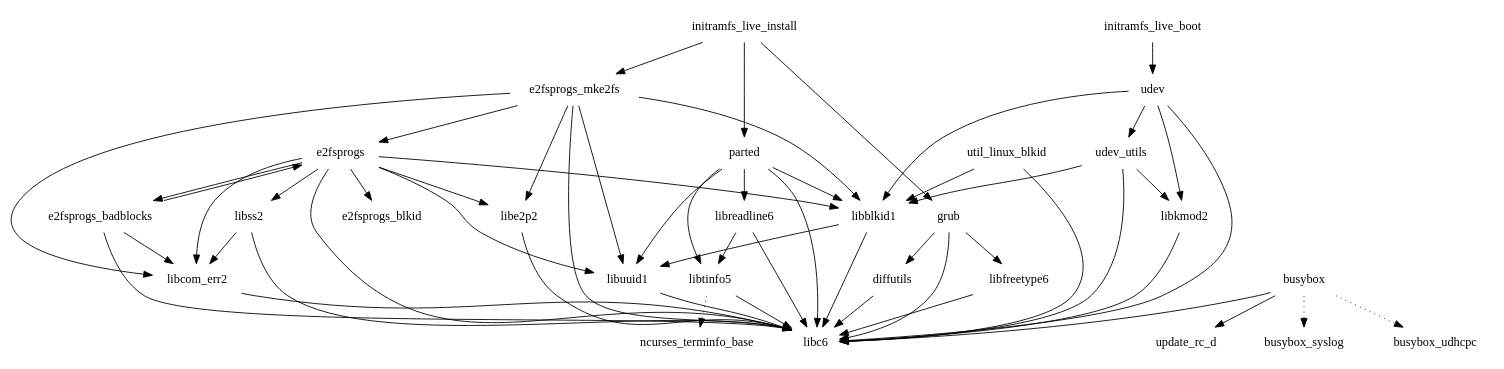
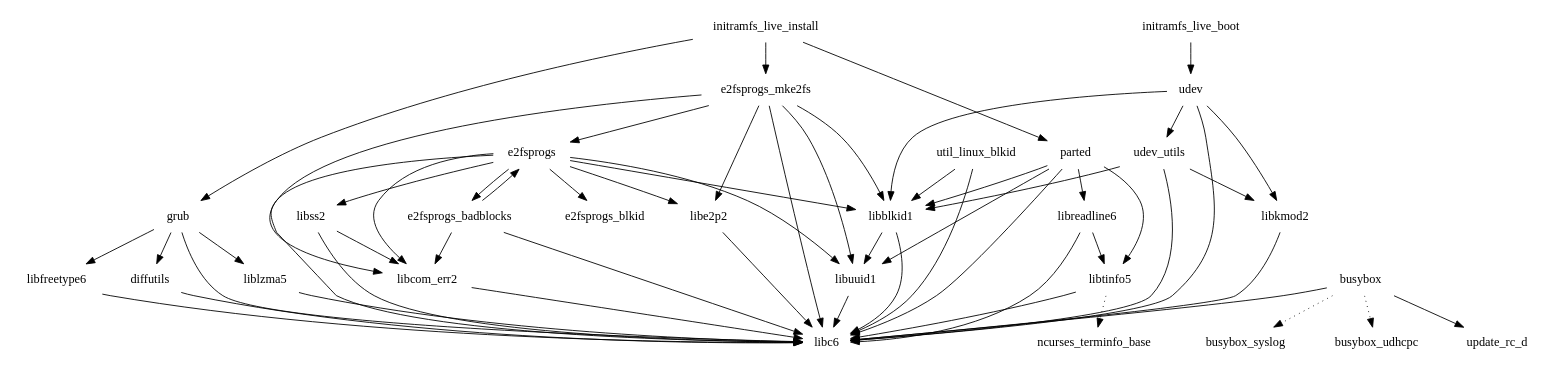
One commit to Angstrom-distribution/buildhistory changed the diagram in images/fri2_noemgd/eglibc/core-image-minimal-initramfs/depends.dot. Above: the diagram before and after it, drawn with Graphviz. The commit also changed 1144 other files, not shown here.

```diff
--- a/images/fri2_noemgd/eglibc/core-image-minimal-initramfs/depends.dot
+++ b/images/fri2_noemgd/eglibc/core-image-minimal-initramfs/depends.dot
@@ -1,59 +1,61 @@
 digraph depends {
     node [shape=plaintext]
 busybox -> update_rc_d;
 busybox -> libc6;
 busybox -> busybox_syslog [style=dotted];
 busybox -> busybox_udhcpc [style=dotted];
 diffutils -> libc6;
 e2fsprogs -> libss2;
 e2fsprogs -> libcom_err2;
 e2fsprogs -> libe2p2;
 e2fsprogs -> e2fsprogs_blkid;
 e2fsprogs -> e2fsprogs_badblocks;
 e2fsprogs -> libc6;
 e2fsprogs -> libblkid1;
 e2fsprogs -> libuuid1;
 e2fsprogs_badblocks -> libc6;
 e2fsprogs_badblocks -> e2fsprogs;
 e2fsprogs_badblocks -> libcom_err2;
 e2fsprogs_mke2fs -> libcom_err2;
 e2fsprogs_mke2fs -> libe2p2;
 e2fsprogs_mke2fs -> e2fsprogs;
 e2fsprogs_mke2fs -> libc6;
 e2fsprogs_mke2fs -> libblkid1;
 e2fsprogs_mke2fs -> libuuid1;
 grub -> diffutils;
+grub -> liblzma5;
 grub -> libc6;
 grub -> libfreetype6;
 initramfs_live_boot -> udev;
 initramfs_live_install -> parted;
 initramfs_live_install -> e2fsprogs_mke2fs;
 initramfs_live_install -> grub;
 libblkid1 -> libuuid1;
 libblkid1 -> libc6;
 libcom_err2 -> libc6;
 libe2p2 -> libc6;
 libfreetype6 -> libc6;
 libkmod2 -> libc6;
+liblzma5 -> libc6;
 libreadline6 -> libtinfo5;
 libreadline6 -> libc6;
 libss2 -> libc6;
 libss2 -> libcom_err2;
 libtinfo5 -> libc6;
 libtinfo5 -> ncurses_terminfo_base [style=dotted];
 libuuid1 -> libc6;
 parted -> libreadline6;
 parted -> libtinfo5;
 parted -> libblkid1;
 parted -> libuuid1;
 parted -> libc6;
 udev -> libkmod2;
 udev -> libblkid1;
 udev -> udev_utils;
 udev -> libc6;
 udev_utils -> libkmod2;
 udev_utils -> libblkid1;
 udev_utils -> libc6;
 util_linux_blkid -> libblkid1;
 util_linux_blkid -> libc6;
 }
```
